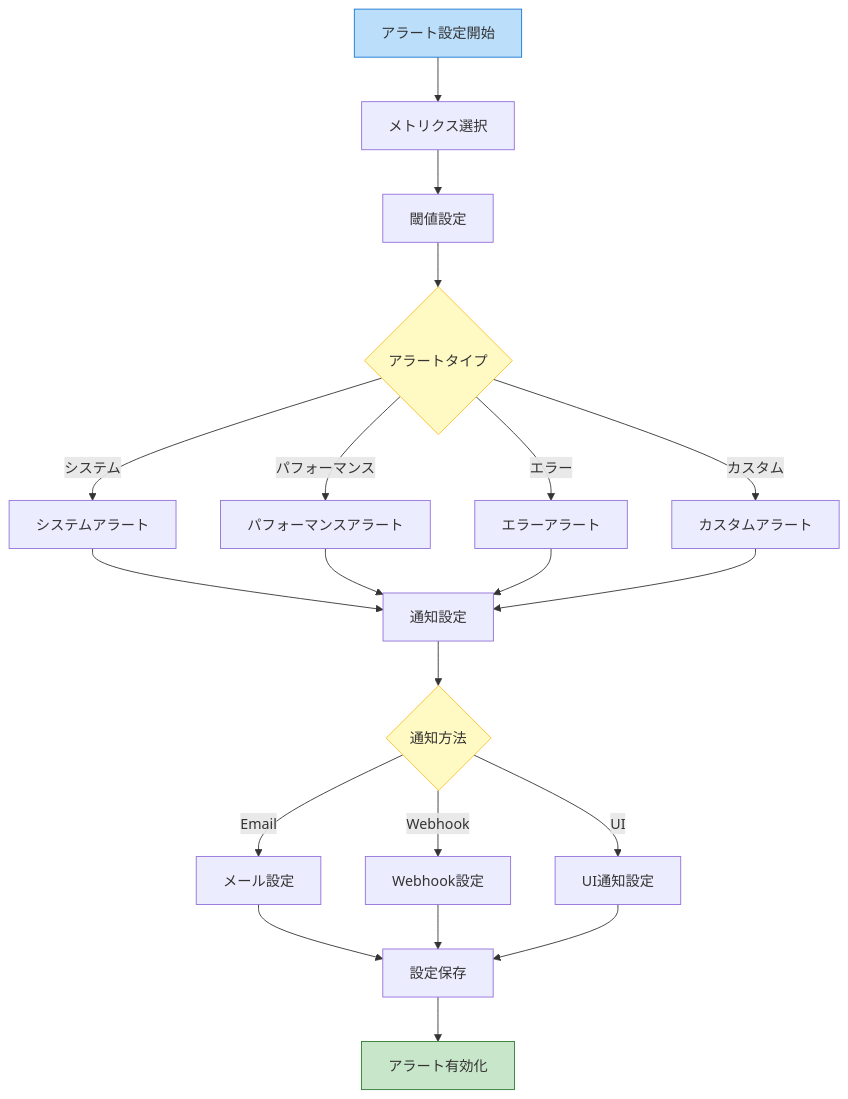
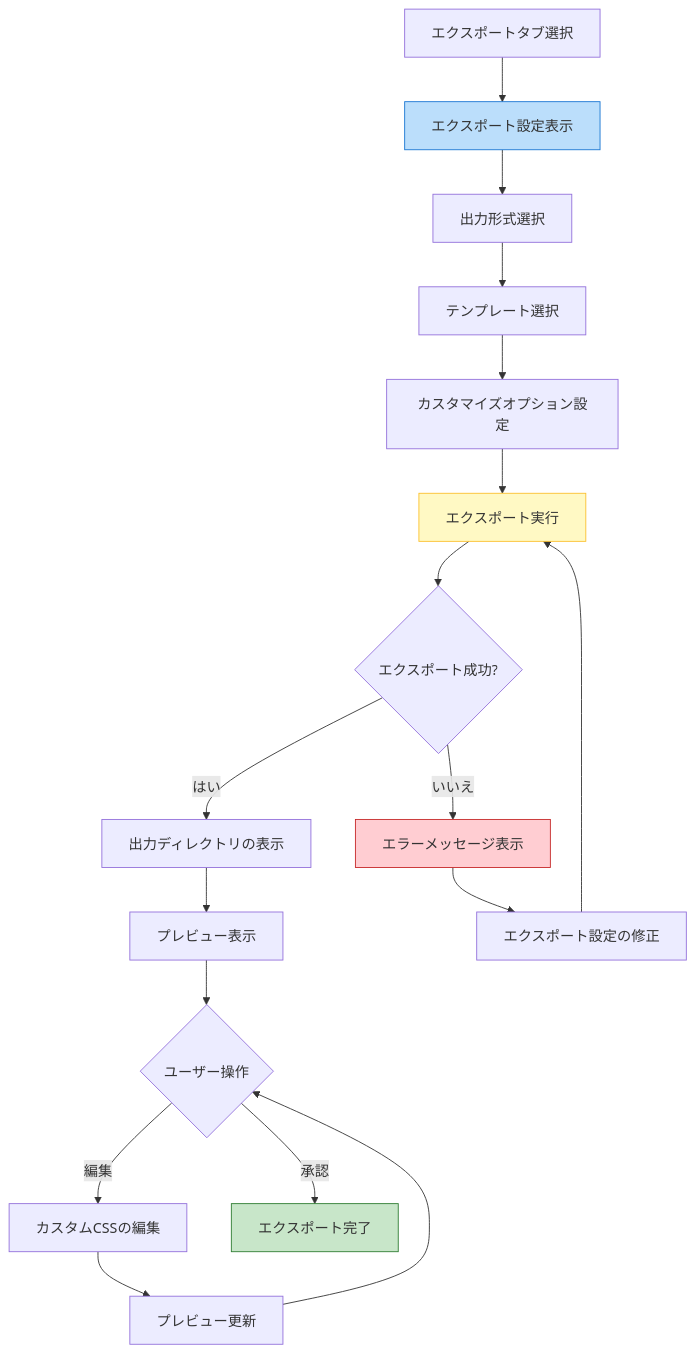
One commit to NewAITees/FableMaze changed the sixth of 9 diagrams in docs/APP_FLOW.md. Above: the diagram before and after it, drawn with Mermaid. The commit also changed other lines of this file and 6 other files, not shown here.

````diff
--- a/docs/APP_FLOW.md
+++ b/docs/APP_FLOW.md
@@ -654,32 +179,29 @@
 ```mermaid
 flowchart TD
-    A[アラート設定開始] --> B[メトリクス選択]
-    B --> C[閾値設定]
-    C --> D{アラートタイプ}
+    A[エクスポートタブ選択] --> B[エクスポート設定表示]
+    B --> C[出力形式選択]
+    C --> D[テンプレート選択]
+    D --> E[カスタマイズオプション設定]
+    E --> F[エクスポート実行]
     
-    D -->|システム| E[システムアラート]
-    D -->|パフォーマンス| F[パフォーマンスアラート]
-    D -->|エラー| G[エラーアラート]
-    D -->|カスタム| H[カスタムアラート]
+    F --> G{エクスポート成功?}
+    G -->|はい| H[出力ディレクトリの表示]
+    G -->|いいえ| I[エラーメッセージ表示]
     
-    E --> I[通知設定]
-    F --> I
-    G --> I
-    H --> I
+    H --> J[プレビュー表示]
+    J --> K{ユーザー操作}
     
-    I --> J{通知方法}
-    J -->|Email| K[メール設定]
-    J -->|Webhook| L[Webhook設定]
-    J -->|UI| M[UI通知設定]
+    K -->|編集| L[カスタムCSSの編集]
+    K -->|承認| M[エクスポート完了]
     
-    K --> N[設定保存]
-    L --> N
-    M --> N
+    L --> N[プレビュー更新]
+    N --> K
     
-    N --> O[アラート有効化]
+    I --> O[エクスポート設定の修正]
+    O --> F
     
-    style A fill:#bbdefb,stroke:#1976d2
-    style D fill:#fff9c4,stroke:#fbc02d
-    style J fill:#fff9c4,stroke:#fbc02d
-    style O fill:#c8e6c9,stroke:#2e7d32
+    style B fill:#bbdefb,stroke:#1976d2
+    style F fill:#fff9c4,stroke:#fbc02d
+    style I fill:#ffcdd2,stroke:#c62828
+    style M fill:#c8e6c9,stroke:#2e7d32
 ```
````
